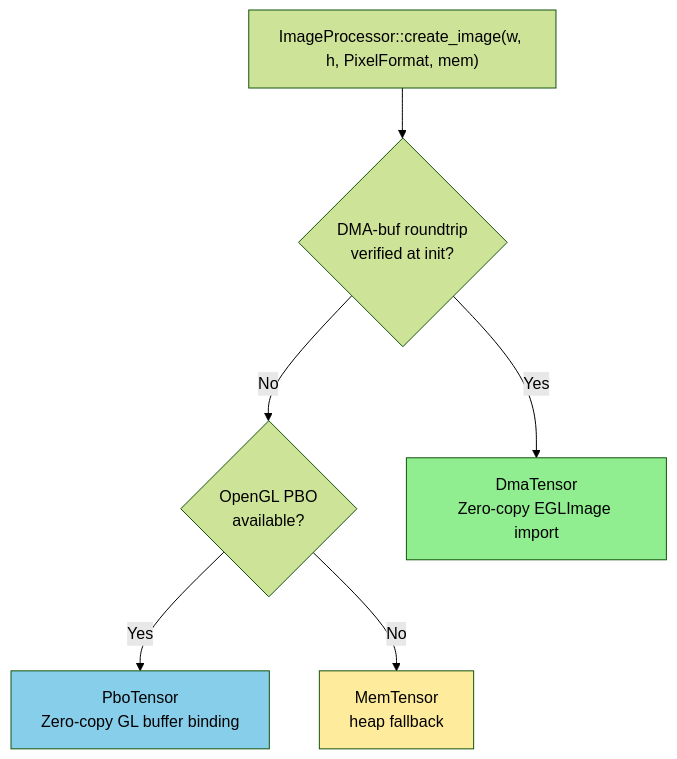
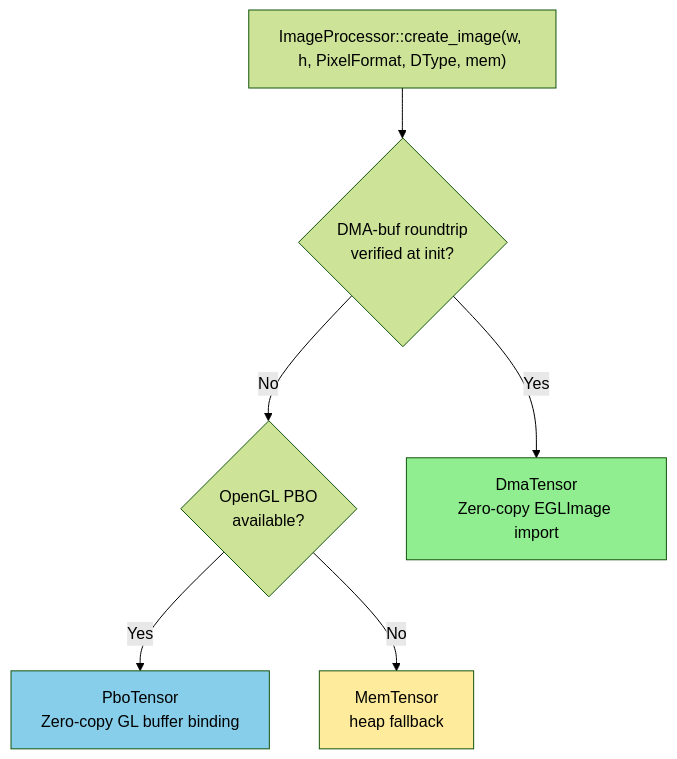
The sixth of 12 diagrams in ARCHITECTURE.md (EdgeFirstAI/hal), drawn with Mermaid (forest theme) before and after one commit. The commit also changed other lines of this file and 16 other files, not shown here.

First line of the commit message:
EDGEAI-1087: add dtype parameter to create_image across all APIs

````diff
--- a/ARCHITECTURE.md
+++ b/ARCHITECTURE.md
@@ -308,17 +308,17 @@
 ```mermaid
 flowchart TD
-    Create["ImageProcessor::create_image(w, h, PixelFormat, mem)"]
+    Create["ImageProcessor::create_image(w, h, PixelFormat, DType, mem)"]
     DMA{DMA-buf roundtrip<br/>verified at init?}
     PBO{OpenGL PBO<br/>available?}
     Mem[MemTensor<br/>heap fallback]
 
     Create --> DMA
     DMA -->|Yes| UseDMA["DmaTensor<br/>Zero-copy EGLImage import"]
     DMA -->|No| PBO
     PBO -->|Yes| UsePBO["PboTensor<br/>Zero-copy GL buffer binding"]
     PBO -->|No| Mem
 
     style UseDMA fill:#90ee90
     style UsePBO fill:#87ceeb
     style Mem fill:#ffeb9c
 ```
````
